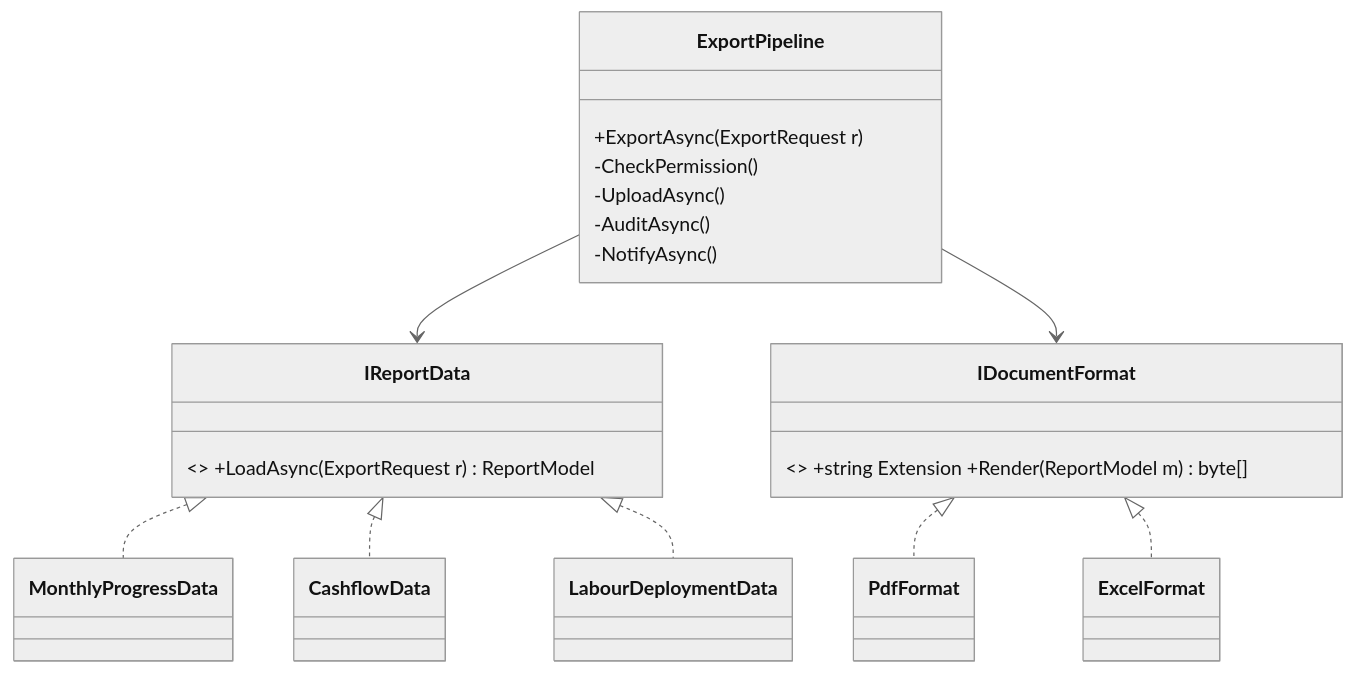
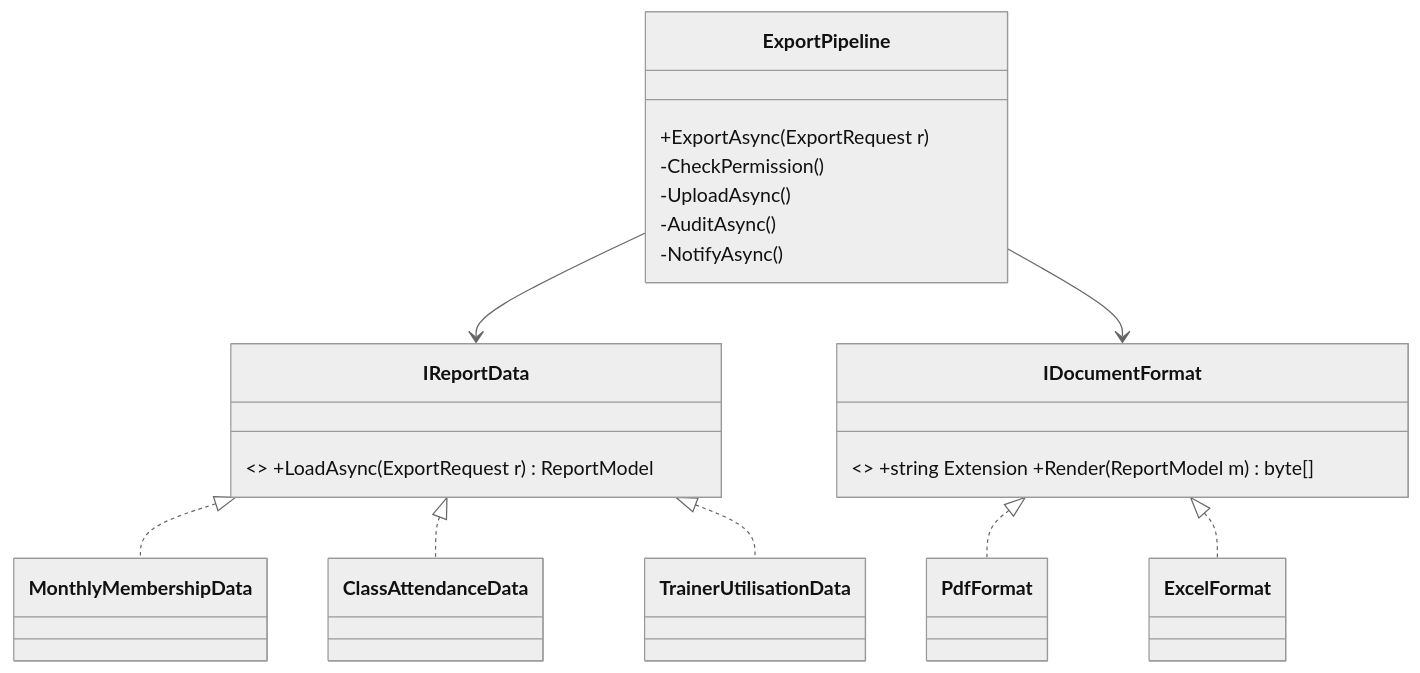
Before and after one commit to rizwi0786/system-design-lab: the third of 3 diagrams in content/lessons/m06/m06-template-method.md, drawn with Mermaid (neutral theme). The commit also changed other lines of this file and 334 other files, not shown here.

````diff
--- a/content/lessons/m06/m06-template-method.md
+++ b/content/lessons/m06/m06-template-method.md
@@ -1130,24 +1132,24 @@
 ```mermaid
 classDiagram
   class ExportPipeline {
     +ExportAsync(ExportRequest r)
     -CheckPermission()
     -UploadAsync()
     -AuditAsync()
     -NotifyAsync()
   }
   class IReportData { <<interface>> +LoadAsync(ExportRequest r) ReportModel }
   class IDocumentFormat { <<interface>> +string Extension +Render(ReportModel m) byte[] }
-  class MonthlyProgressData
-  class CashflowData
-  class LabourDeploymentData
+  class MonthlyMembershipData
+  class ClassAttendanceData
+  class TrainerUtilisationData
   class PdfFormat
   class ExcelFormat
   ExportPipeline --> IReportData
   ExportPipeline --> IDocumentFormat
-  IReportData <|.. MonthlyProgressData
-  IReportData <|.. CashflowData
-  IReportData <|.. LabourDeploymentData
+  IReportData <|.. MonthlyMembershipData
+  IReportData <|.. ClassAttendanceData
+  IReportData <|.. TrainerUtilisationData
   IDocumentFormat <|.. PdfFormat
   IDocumentFormat <|.. ExcelFormat
 ```
````
